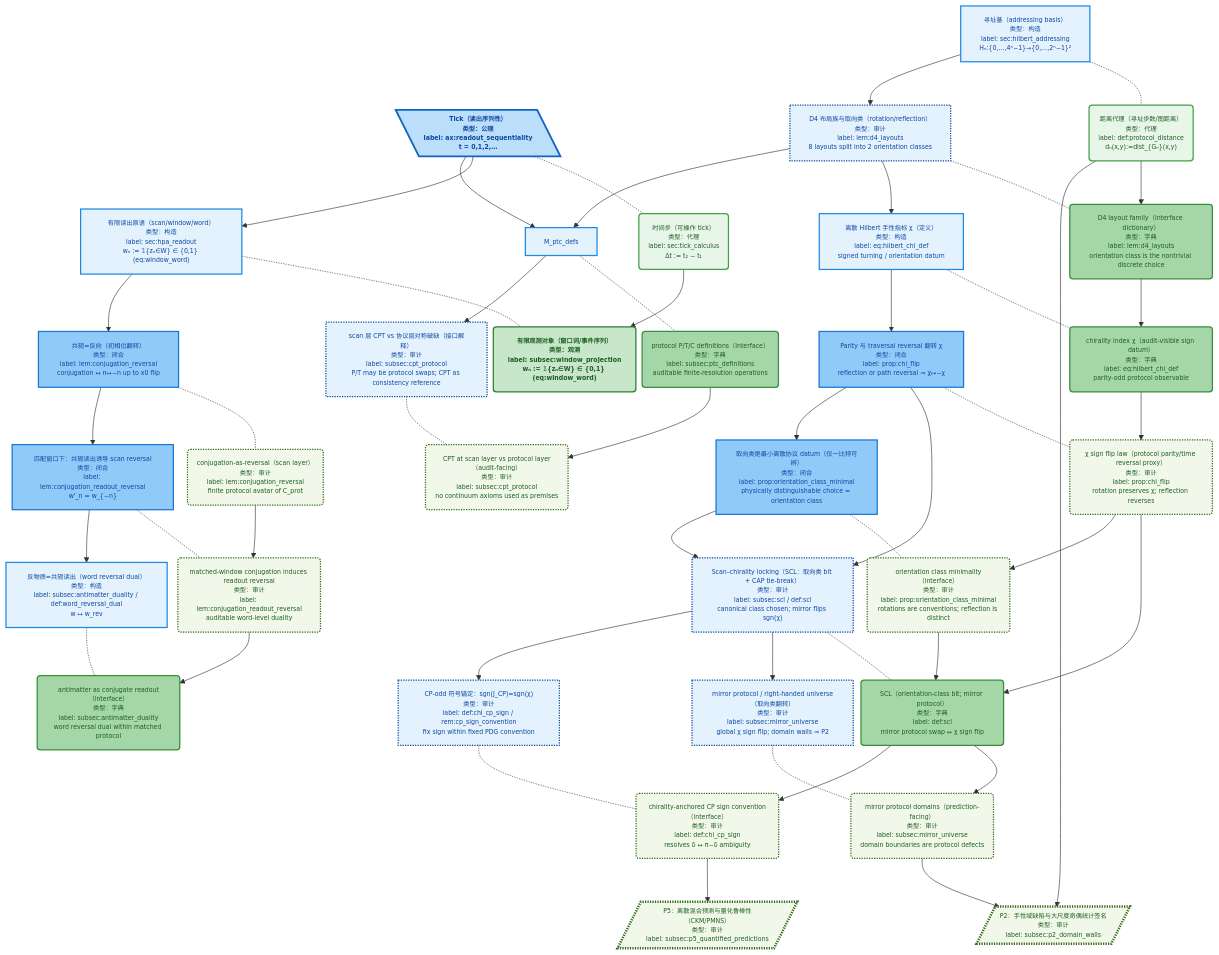
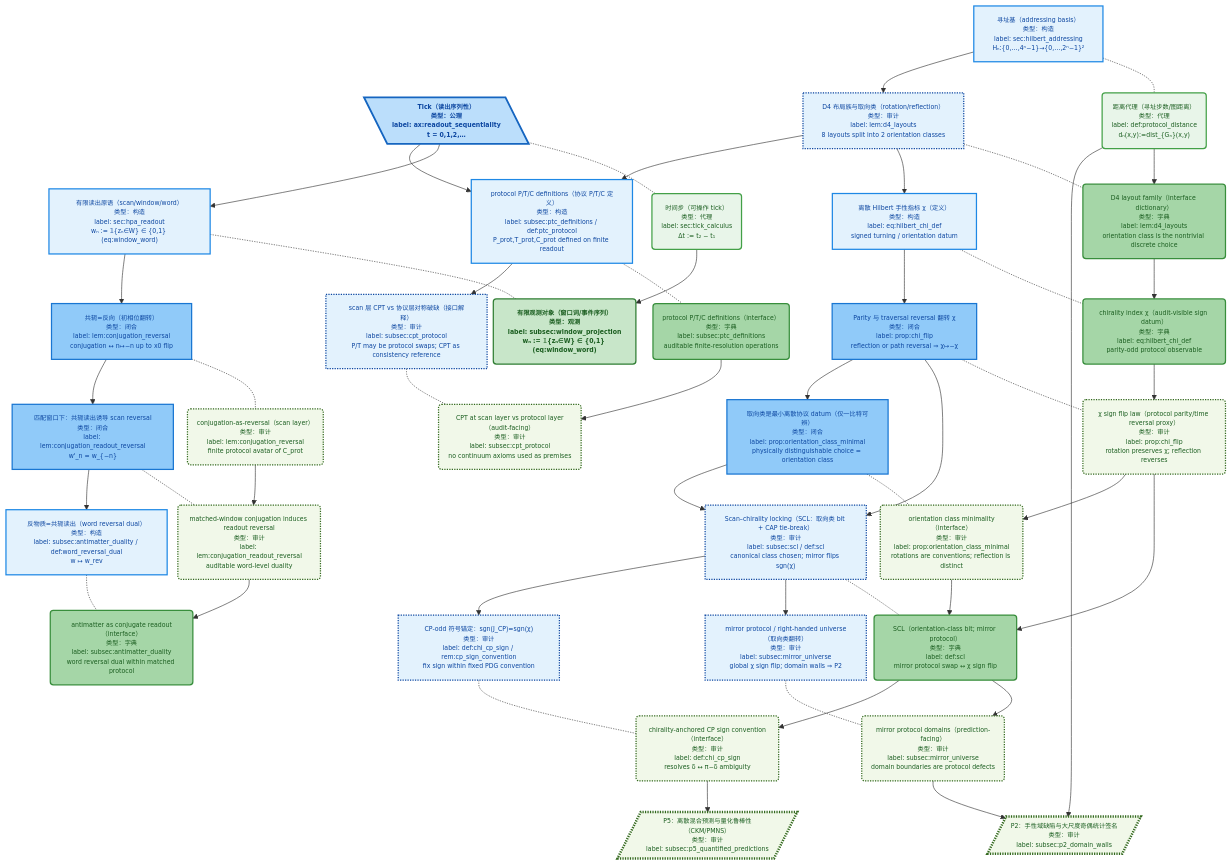
The fourth of 11 diagrams in docs/papers/2025_z128_standard_model_stable_sector_hpa_omega/architecture_dag.md (loning/the-omega), drawn with Mermaid before and after one commit. The commit also changed other lines of this file, not shown here.

First line of the commit message:
Enhance architecture DAG with new protocol definitions and quantum measurement nodes

````diff
--- a/docs/papers/2025_z128_standard_model_stable_sector_hpa_omega/architecture_dag.md
+++ b/docs/papers/2025_z128_standard_model_stable_sector_hpa_omega/architecture_dag.md
@@ -294,5 +294,5 @@
 ```mermaid
-%%{init: {"maxTextSize": 100000, "flowchart": {"useMaxWidth": false, "nodeSpacing": 10, "rankSpacing": 70}, "themeVariables": {"fontSize": "10px"}}}%%
+%%{init: {"maxTextSize": 100000, "flowchart": {"useMaxWidth": false, "nodeSpacing": 10, "rankSpacing": 50}, "themeVariables": {"fontSize": "10px"}}}%%
 flowchart TB
 
   M_tick@{ shape: lean-l, label: "Tick（读出序列性）<br/>类型：公理<br/>label: ax:readout_sequentiality<br/>t = 0,1,2,…" }
@@ -319,6 +319,7 @@
   P_chi_flip("χ sign flip law（protocol parity/time reversal proxy）<br/>类型：审计<br/>label: prop:chi_flip<br/>rotation preserves χ; reflection reverses")
   M_chi_flip -.- P_chi_flip
 
+  M_ptc_defs["protocol P/T/C definitions（协议 P/T/C 定义）<br/>类型：构造<br/>label: subsec:ptc_definitions / def:ptc_protocol<br/>P_prot,T_prot,C_prot defined on finite readout"]
   P_ptc_defs("protocol P/T/C definitions（interface）<br/>类型：字典<br/>label: subsec:ptc_definitions<br/>auditable finite-resolution operations")
   M_ptc_defs -.- P_ptc_defs
 
````
